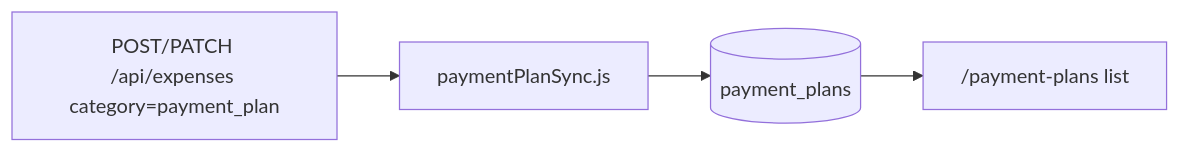
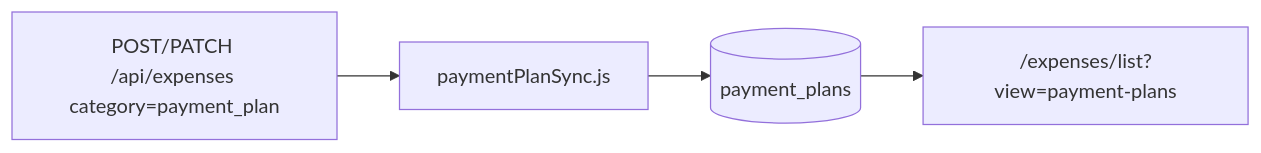
The second of 4 diagrams in docs/PAYMENT_PLANS.md (becomeonewiththecode/expense_tracker), drawn with Mermaid before and after one commit. The commit also changed other lines of this file and 36 other files, not shown here.

````diff
--- a/docs/PAYMENT_PLANS.md
+++ b/docs/PAYMENT_PLANS.md
@@ -37,7 +37,7 @@
 ```mermaid
 flowchart LR
   EX["POST/PATCH /api/expenses category=payment_plan"]
   EX --> SYNC["paymentPlanSync.js"]
   SYNC --> PP[(payment_plans)]
-  PP --> UI["/payment-plans list"]
+  PP --> UI["/expenses/list?view=payment-plans"]
 ```
````
